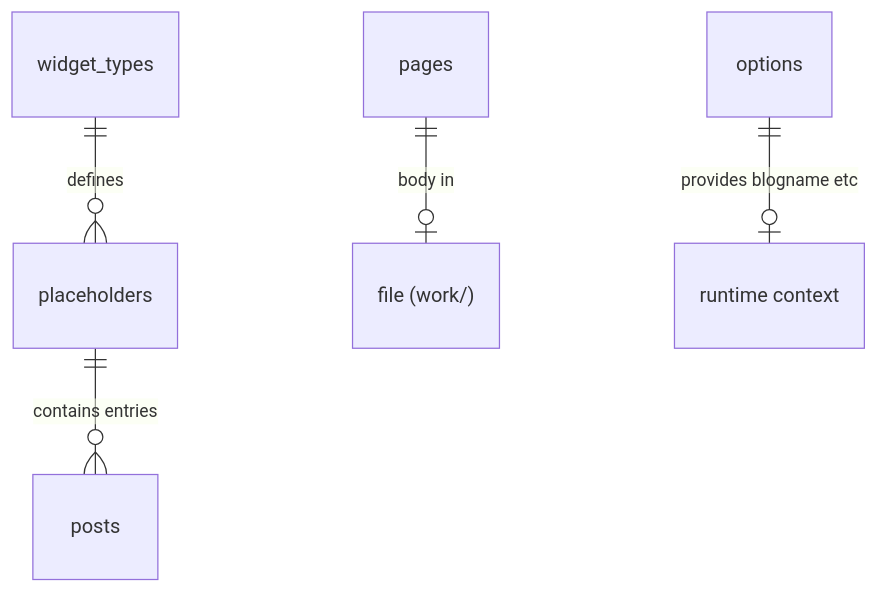
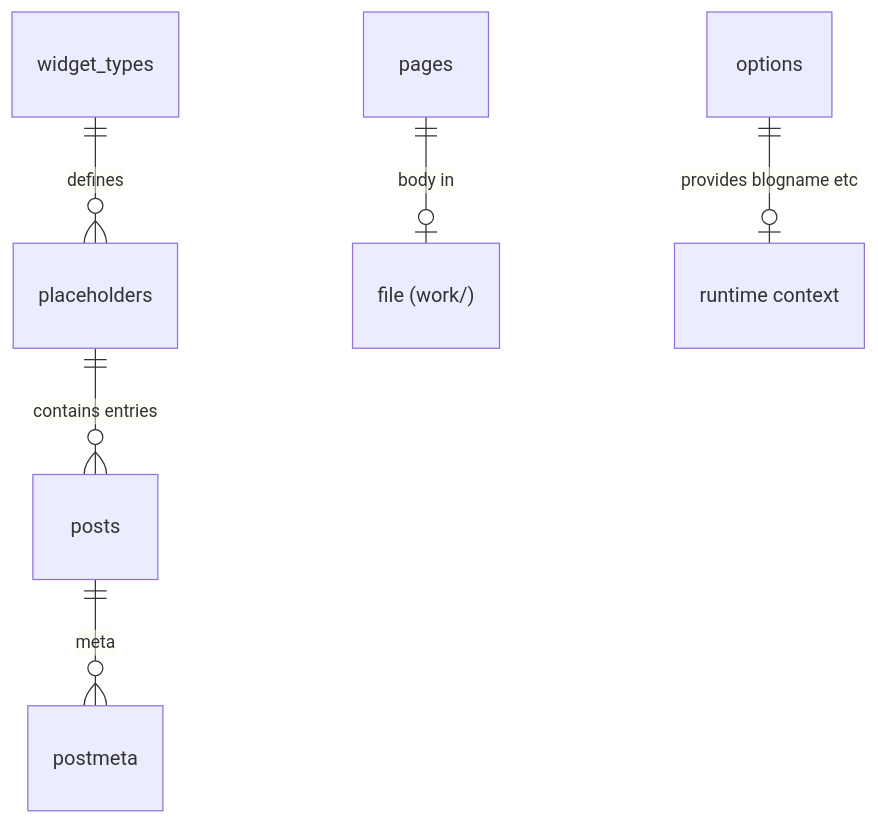
One commit to hypernumbernet/rust-sqlite-cms changed the second of 3 diagrams in doc/PLAN.md. Above: the diagram before and after it, drawn with Mermaid. The commit also changed other lines of this file and 3 other files, not shown here.

Commit message:
Consolidate initial migration files and update documentation to reflect schema changes and new migration process

````diff
--- a/doc/PLAN.md
+++ b/doc/PLAN.md
@@ -173,7 +173,8 @@
 ```mermaid
 erDiagram
   widget_types ||--o{ placeholders : "defines"
   placeholders ||--o{ posts : "contains entries"
+  posts ||--o{ postmeta : "meta"
   pages ||--o| "file (work/)" : "body in"
   options ||--o| "runtime context" : "provides blogname etc"
 ```
````
